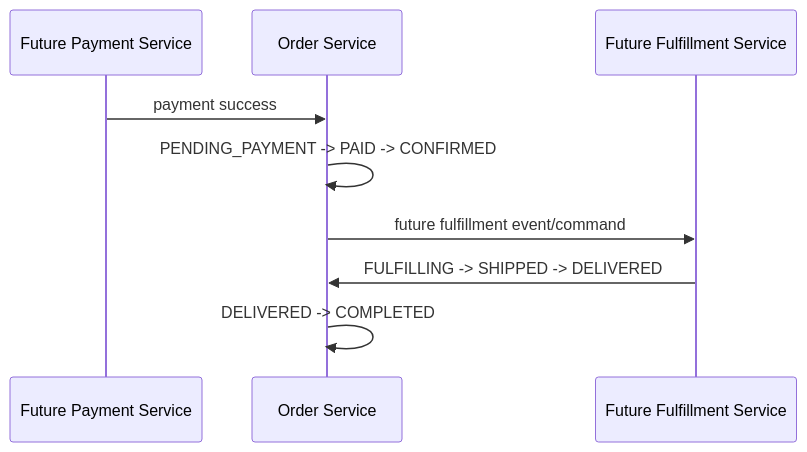
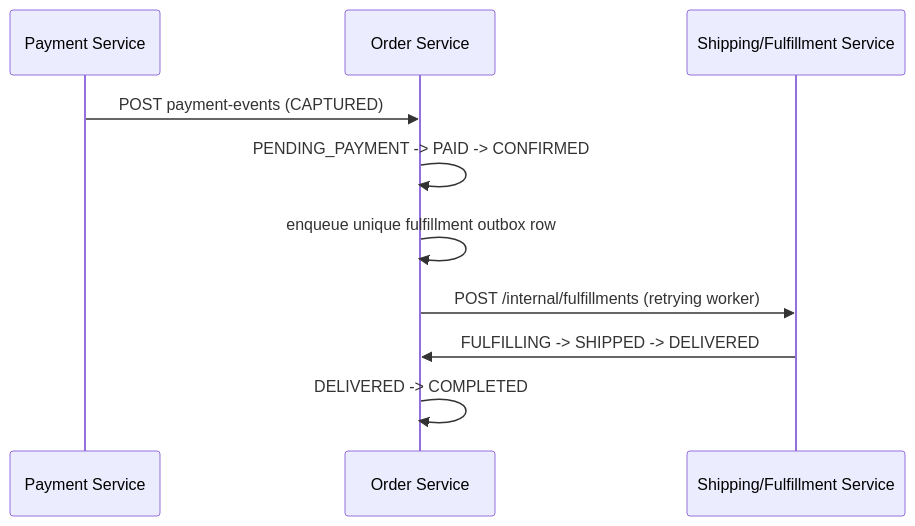
One commit to mihirchittora/my-ecommerce changed diagram 11 of 13 in order-service/README.md. Above: the diagram before and after it, drawn with Mermaid. The commit also changed other lines of this file and 335 other files, not shown here.

Commit message:
shipping service , store front ui

````diff
--- a/order-service/README.md
+++ b/order-service/README.md
@@ -369,11 +371,12 @@
 ```mermaid
 sequenceDiagram
-    participant P as Future Payment Service
+    participant P as Payment Service
     participant O as Order Service
-    participant F as Future Fulfillment Service
-    P->>O: payment success
+    participant F as Shipping/Fulfillment Service
+    P->>O: POST payment-events (CAPTURED)
     O->>O: PENDING_PAYMENT -> PAID -> CONFIRMED
-    O->>F: future fulfillment event/command
+    O->>O: enqueue unique fulfillment outbox row
+    O->>F: POST /internal/fulfillments (retrying worker)
     F->>O: FULFILLING -> SHIPPED -> DELIVERED
     O->>O: DELIVERED -> COMPLETED
 ```
````
